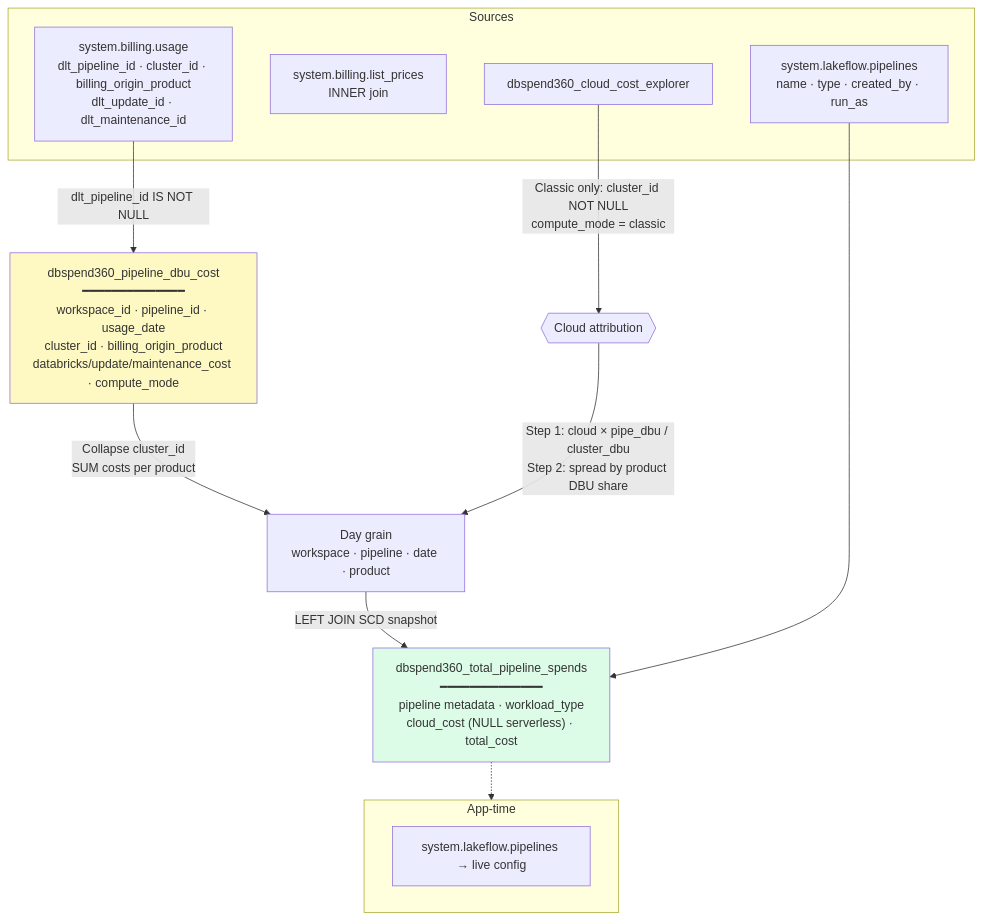
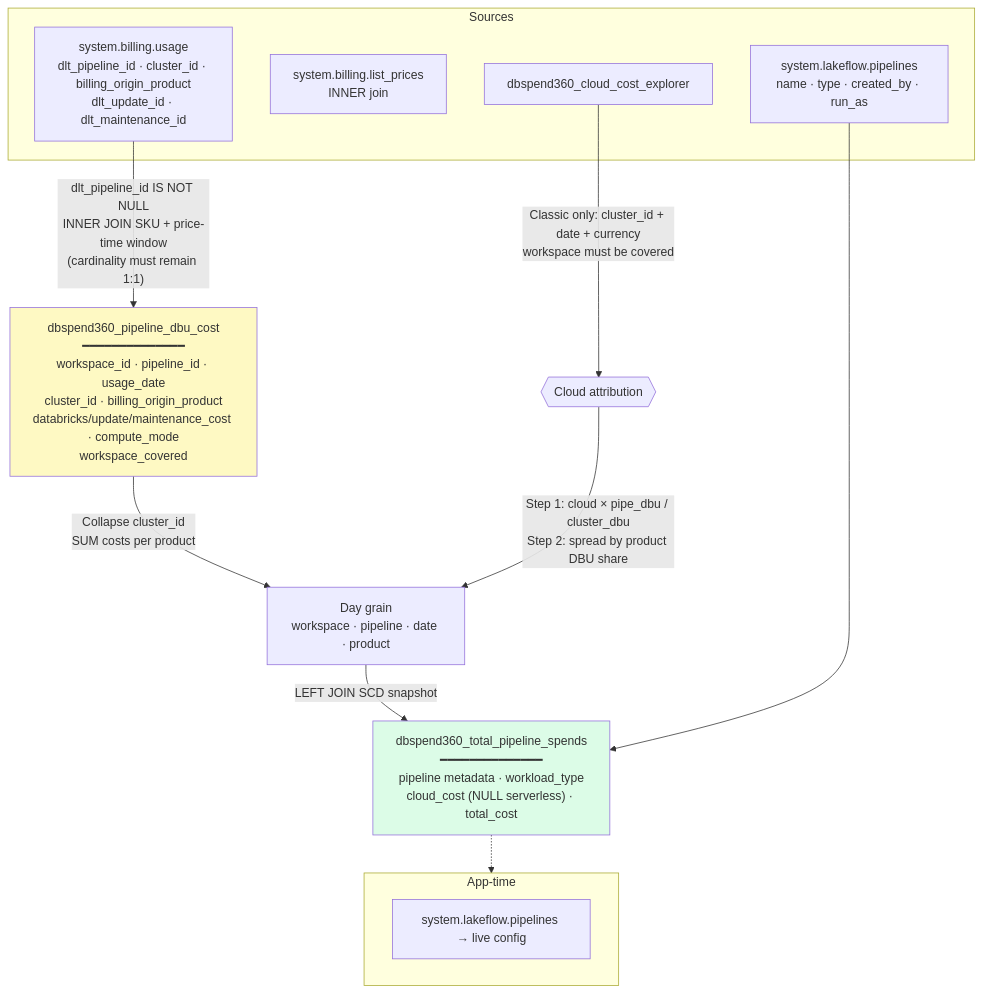
The eighth of 9 diagrams in docs/data_model_reference.md (AdityaMandiwal/DBSPEND360), drawn with Mermaid before and after one commit. The commit also changed other lines of this file and 103 other files, not shown here.

````diff
--- a/docs/data_model_reference.md
+++ b/docs/data_model_reference.md
@@ -434,29 +482,29 @@
 ```mermaid
 flowchart TB
     subgraph SRC["Sources"]
         U["system.billing.usage<br/>dlt_pipeline_id · cluster_id · billing_origin_product<br/>dlt_update_id · dlt_maintenance_id"]
         LP["system.billing.list_prices<br/>INNER join"]
         CC["dbspend360_cloud_cost_explorer"]
         PL["system.lakeflow.pipelines<br/>name · type · created_by · run_as"]
     end
 
-    U -->|"dlt_pipeline_id IS NOT NULL"| DBU["dbspend360_pipeline_dbu_cost<br/>━━━━━━━━━━━━━━<br/>workspace_id · pipeline_id · usage_date<br/>cluster_id · billing_origin_product<br/>databricks/update/maintenance_cost · compute_mode"]
+    U -->|"dlt_pipeline_id IS NOT NULL<br/>INNER JOIN SKU + price-time window<br/>(cardinality must remain 1:1)"| DBU["dbspend360_pipeline_dbu_cost<br/>━━━━━━━━━━━━━━<br/>workspace_id · pipeline_id · usage_date<br/>cluster_id · billing_origin_product<br/>databricks/update/maintenance_cost · compute_mode<br/>workspace_covered"]
 
     DBU -->|"Collapse cluster_id<br/>SUM costs per product"| DAY["Day grain<br/>workspace · pipeline · date · product"]
 
-    CC -->|"Classic only: cluster_id NOT NULL<br/>compute_mode = classic"| ATTR{{"Cloud attribution"}}
+    CC -->|"Classic only: cluster_id + date + currency<br/>workspace must be covered"| ATTR{{"Cloud attribution"}}
     ATTR -->|"Step 1: cloud × pipe_dbu / cluster_dbu<br/>Step 2: spread by product DBU share"| DAY
 
     DAY -->|"LEFT JOIN SCD snapshot"| ROLL["dbspend360_total_pipeline_spends<br/>━━━━━━━━━━━━━━<br/>pipeline metadata · workload_type<br/>cloud_cost (NULL serverless) · total_cost"]
 
     PL --> ROLL
 
     subgraph APP["App-time"]
         PL2["system.lakeflow.pipelines → live config"]
     end
 
     ROLL -.-> APP
 
     style DBU fill:#fef9c3
     style ROLL fill:#dcfce7
 ```
````
